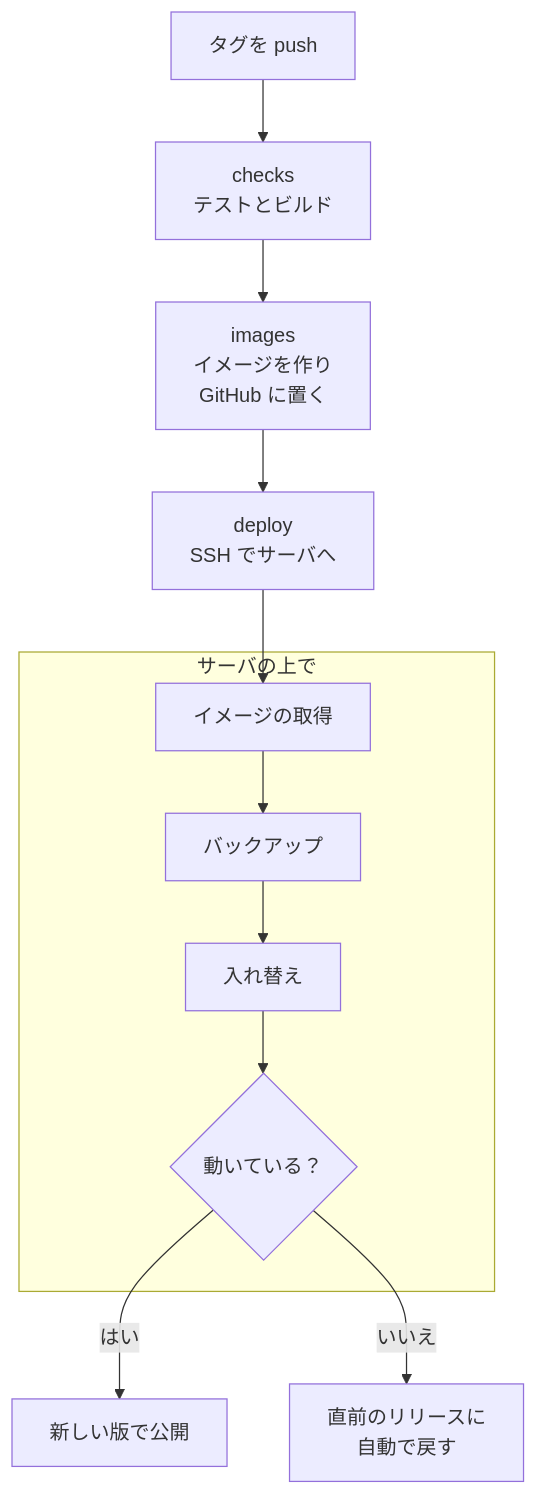
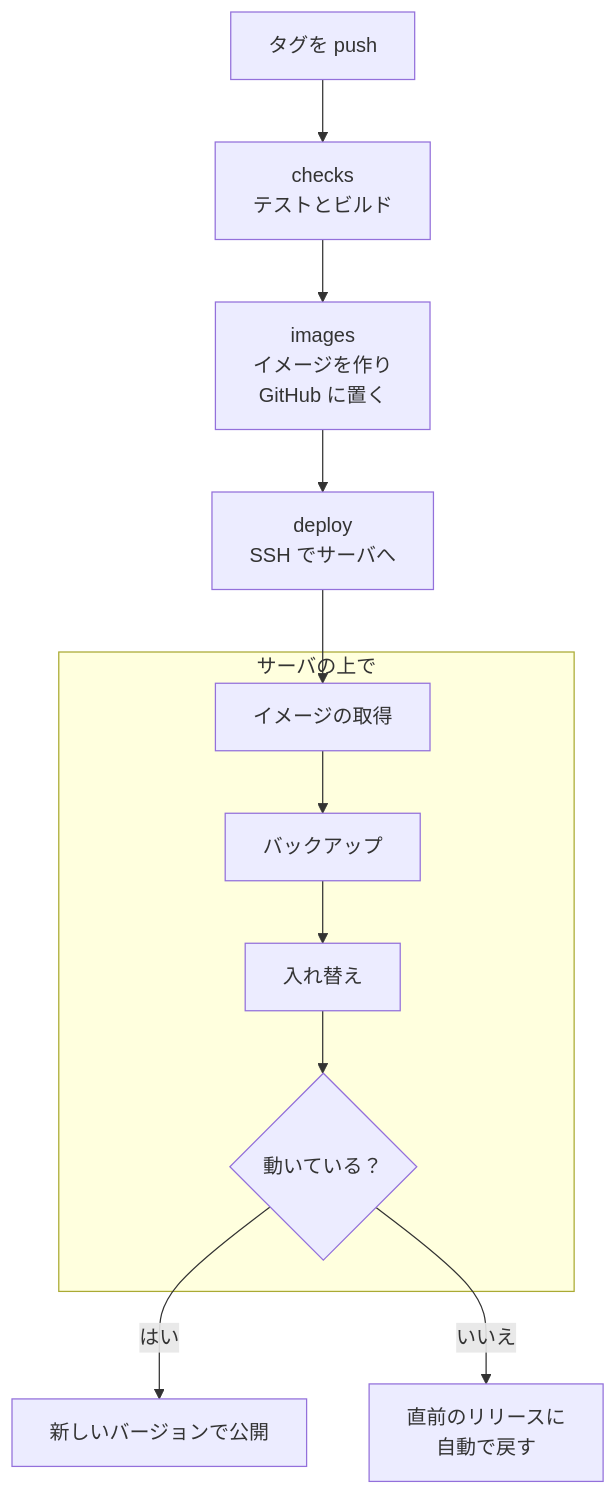
Before and after one commit to kanotown/taylis: the diagram in website/docs/self-hosting/updates.md, drawn with Mermaid. The commit also changed other lines of this file and 11 other files, not shown here.

````diff
--- a/website/docs/self-hosting/updates.md
+++ b/website/docs/self-hosting/updates.md
@@ -33,12 +33,12 @@
 ```mermaid
 flowchart TD
   T["タグを push"] --> C["checks<br>テストとビルド"]
   C --> I["images<br>イメージを作り<br>GitHub に置く"]
   I --> D["deploy<br>SSH でサーバへ"]
   subgraph server["サーバの上で"]
     P["イメージの取得"] --> B["バックアップ"] --> U["入れ替え"] --> H{"動いている？"}
   end
   D --> P
-  H -- "はい" --> OK["新しい版で公開"]
+  H -- "はい" --> OK["新しいバージョンで公開"]
   H -- "いいえ" --> RB["直前のリリースに<br>自動で戻す"]
 ```
````
